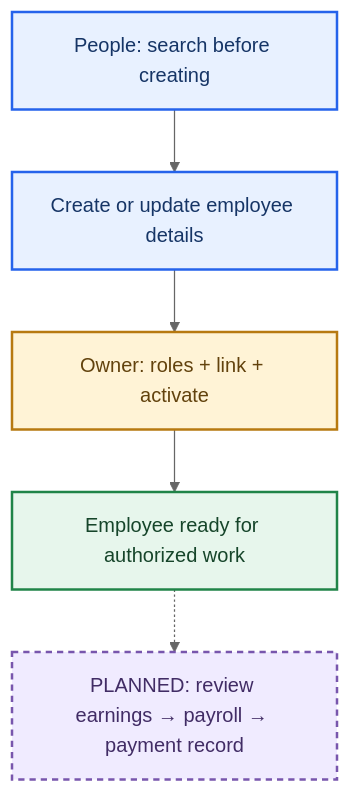
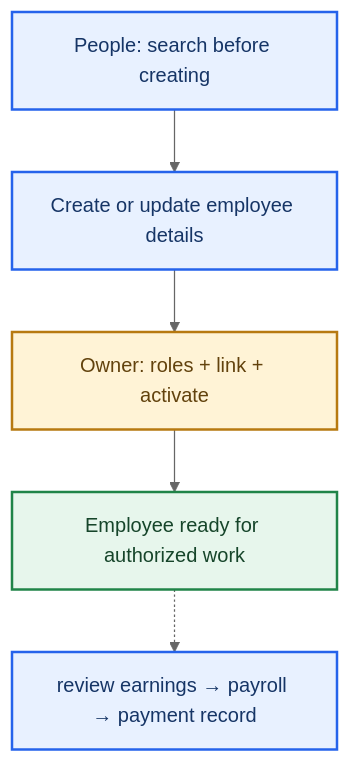
One commit to DanielVilla1/BM_Enterprises_Integration changed the diagram in docs/runbooks/roles/hr-payroll.md. Above: the diagram before and after it, drawn with Mermaid (neutral theme). The commit also changed other lines of this file and 104 other files, not shown here.

````diff
--- a/docs/runbooks/roles/hr-payroll.md
+++ b/docs/runbooks/roles/hr-payroll.md
@@ -9,13 +9,12 @@
 ```mermaid
 flowchart TB
     accTitle: HR and Payroll: daily workflow
-    accDescr: Maintain employee records now; prepare for the planned payroll workflow.
+    accDescr: Maintain employee records, prepare payroll, and record actual releases and payments.
     search["People: search before creating"]:::action --> record["Create or update employee details"]:::action
     record --> owner["Owner: roles + link + activate"]:::wait
     owner --> active["Employee ready for authorized work"]:::done
-    active -.-> payroll["PLANNED: review earnings → payroll → payment record"]:::planned
+    active -.-> payroll["review earnings → payroll → payment record"]:::action
     classDef action fill:#e8f1ff,stroke:#2563eb,color:#163566,stroke-width:2px
     classDef done fill:#e7f6ec,stroke:#208448,color:#16452a,stroke-width:2px
     classDef wait fill:#fff3d6,stroke:#b77910,color:#62420d,stroke-width:2px
-    classDef planned fill:#f0ebff,stroke:#7856ad,color:#412c65,stroke-width:2px,stroke-dasharray:5 4
 ```
````
